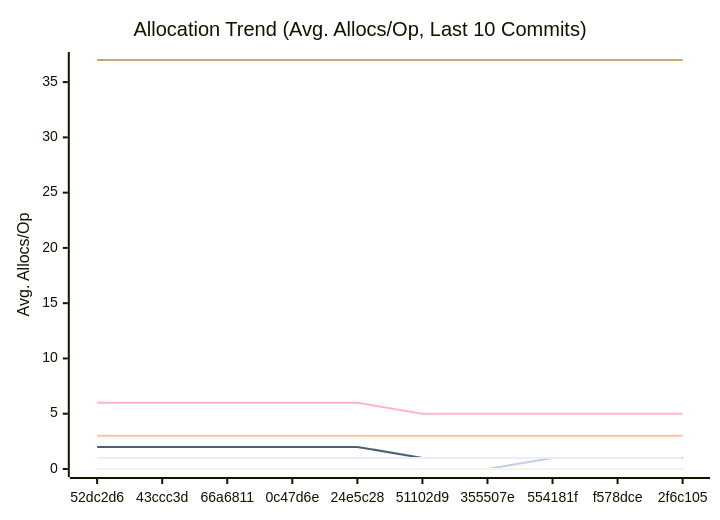
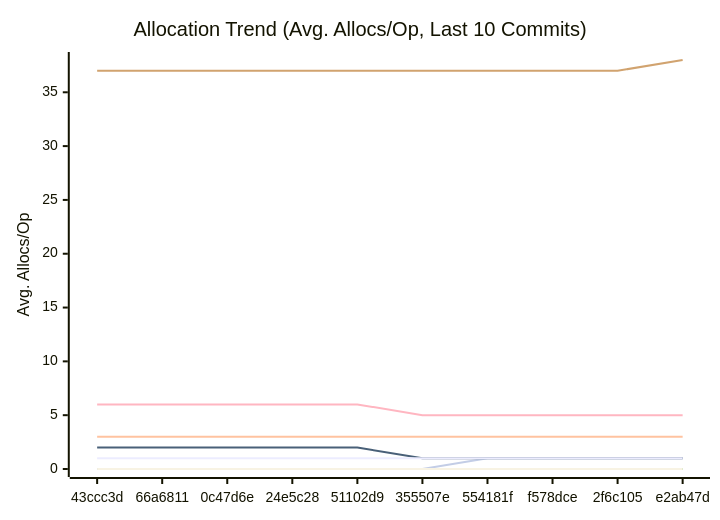
One commit to alsotoes/momo changed the third of 3 diagrams in docs/PERFORMANCE.md. Above: the diagram before and after it, drawn with Mermaid. The commit also changed other lines of this file and 3 other files, not shown here.

````diff
--- a/docs/PERFORMANCE.md
+++ b/docs/PERFORMANCE.md
@@ -176,18 +178,18 @@
 ```mermaid
 xychart-beta
     title "Allocation Trend (Avg. Allocs/Op, Last 10 Commits)"
     x-axis "Commit"
     y-axis "Avg. Allocs/Op"
-    x-axis [52dc2d6,43ccc3d,66a6811,0c47d6e,24e5c28,51102d9,355507e,554181f,f578dce,2f6c105]
+    x-axis [43ccc3d,66a6811,0c47d6e,24e5c28,51102d9,355507e,554181f,f578dce,2f6c105,e2ab47d]
     line "CheckMetricsAndSwap" [0,0,0,0,0,0,0,0,0,0]
     line "CrushOptimized" [0,0,0,0,0,0,0,0,0,0]
     line "CrushOriginal" [3,3,3,3,3,3,3,3,3,3]
     line "IndexDirectTracking" [0,0,0,0,0,0,0,0,0,0]
     line "IndexSearch" [0,0,0,0,0,0,0,0,0,0]
-    line "LoadGlobalConfig" [37,37,37,37,37,37,37,37,37,37]
-    line "PadString" [0,0,0,0,0,0,0,1,1,1]
+    line "LoadGlobalConfig" [37,37,37,37,37,37,37,37,37,38]
+    line "PadString" [0,0,0,0,0,0,1,1,1,1]
     line "ParseReplicationOrder_NoPrealloc" [6,6,6,6,6,5,5,5,5,5]
     line "ParseReplicationOrder_Prealloc" [2,2,2,2,2,1,1,1,1,1]
     line "SanitizeLog/Safe" [0,0,0,0,0,0,0,0,0,0]
     line "SanitizeLog/Unsafe" [1,1,1,1,1,1,1,1,1,1]
 ```
````
